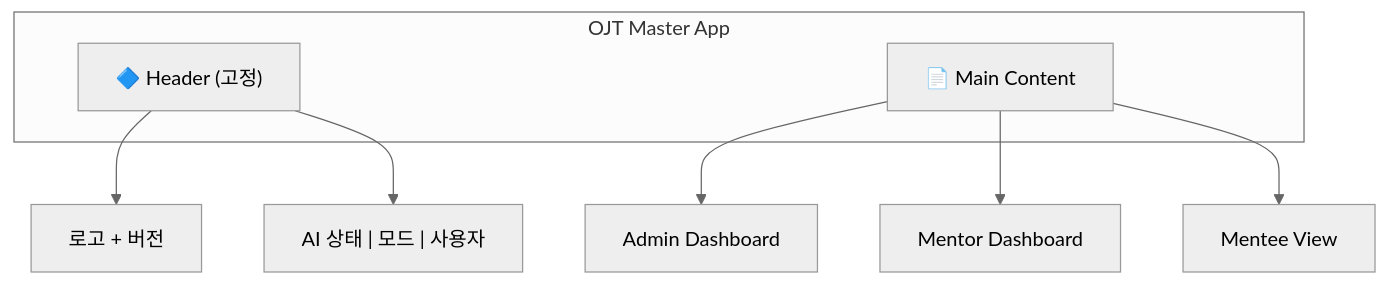
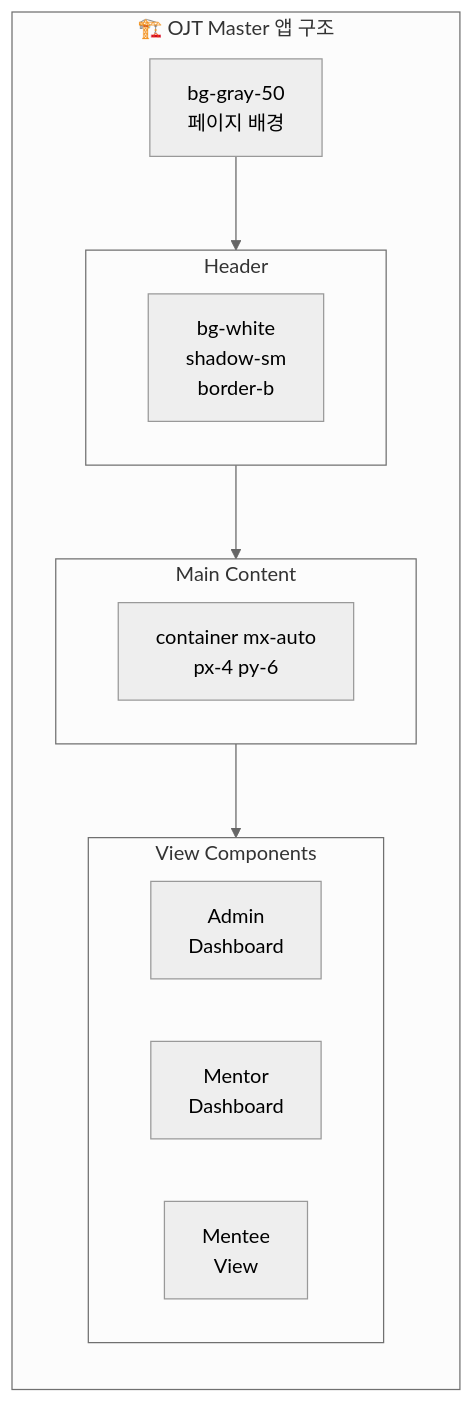
Before and after one commit to garimto81/ggp-ojt-v2: the fourth of 13 diagrams in tasks/prds/PRD-0015-ui-redesign-shadcn.md, drawn with Mermaid (neutral theme). The commit also changed other lines of this file, not shown here.

First line of the commit message:
docs(prd): PRD-0015 컬러 톤앤매너 + 세로 워크플로우 추가

````diff
--- a/tasks/prds/PRD-0015-ui-redesign-shadcn.md
+++ b/tasks/prds/PRD-0015-ui-redesign-shadcn.md
@@ -103,14 +311,26 @@
 ```mermaid
 graph TB
-    subgraph App["OJT Master App"]
-        Header["🔷 Header (고정)"]
-        Main["📄 Main Content"]
+    subgraph AppStructure["🏗️ OJT Master 앱 구조"]
+        direction TB
+
+        BG["bg-gray-50<br/>페이지 배경"]
+
+        subgraph Header["Header"]
+            H_BG["bg-white<br/>shadow-sm<br/>border-b"]
+        end
+
+        subgraph Main["Main Content"]
+            M_Container["container mx-auto<br/>px-4 py-6"]
+        end
+
+        subgraph Views["View Components"]
+            V_Admin["Admin<br/>Dashboard"]
+            V_Mentor["Mentor<br/>Dashboard"]
+            V_Mentee["Mentee<br/>View"]
+        end
     end
 
-    Header --> Logo["로고 + 버전"]
-    Header --> Nav["AI 상태 | 모드 | 사용자"]
-
-    Main --> Admin["Admin Dashboard"]
-    Main --> Mentor["Mentor Dashboard"]
-    Main --> Mentee["Mentee View"]
+    BG --> Header
+    Header --> Main
+    Main --> Views
 ```
````
